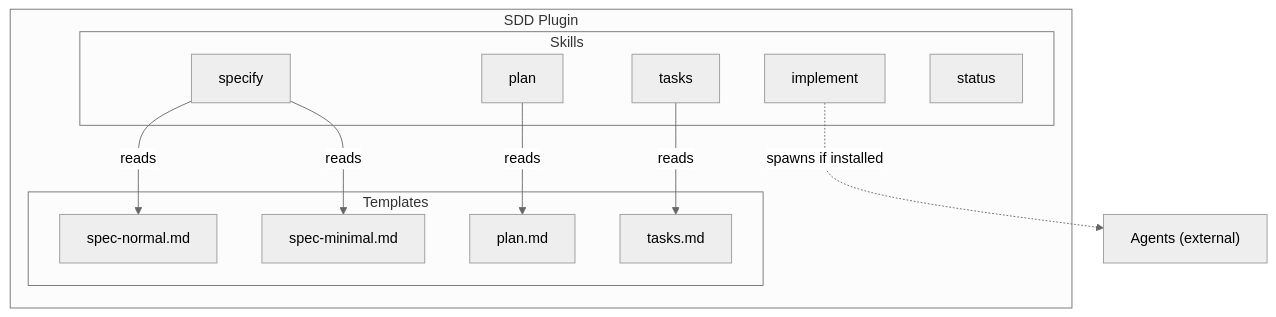
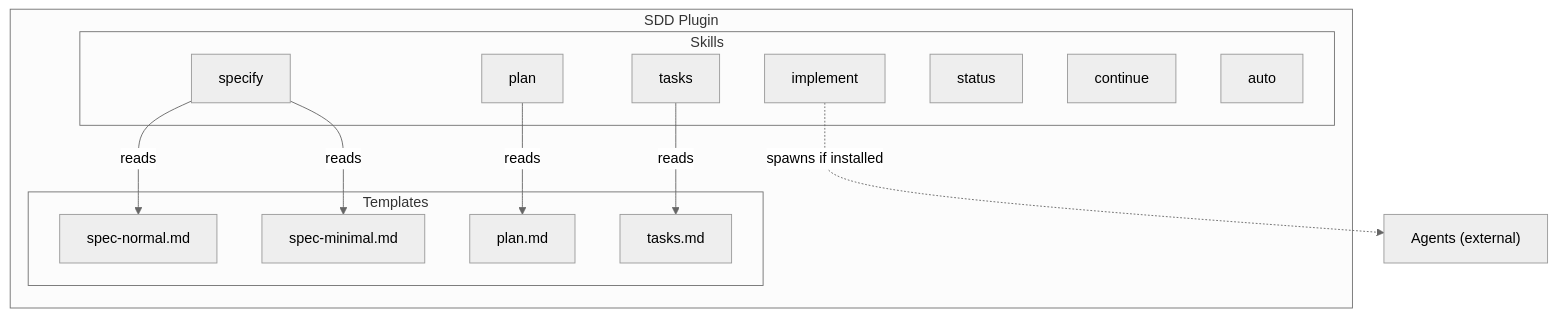
One commit to alfredoperez/sdd changed the second of 5 diagrams in docs/ARCHITECTURE.md. Above: the diagram before and after it, drawn with Mermaid (neutral theme). The commit also changed other lines of this file and 12 other files, not shown here.

First line of the commit message:
feat(skills): add auto and continue skills for pipeline orchestration

````diff
--- a/docs/ARCHITECTURE.md
+++ b/docs/ARCHITECTURE.md
@@ -19,23 +23,25 @@
 ```mermaid
 graph TD
     subgraph Plugin["SDD Plugin"]
         subgraph Skills
             S1[specify]
             S2[plan]
             S3[tasks]
             S4[implement]
             S5[status]
+            S6[continue]
+            S7[auto]
         end
         subgraph Templates
             T1[spec-normal.md]
             T2[spec-minimal.md]
             T3[plan.md]
             T4[tasks.md]
         end
     end
 
     S1 -->|"reads"| T1 & T2
     S2 -->|"reads"| T3
     S3 -->|"reads"| T4
     S4 -.->|"spawns if installed"| Agents["Agents (external)"]
 ```
````
